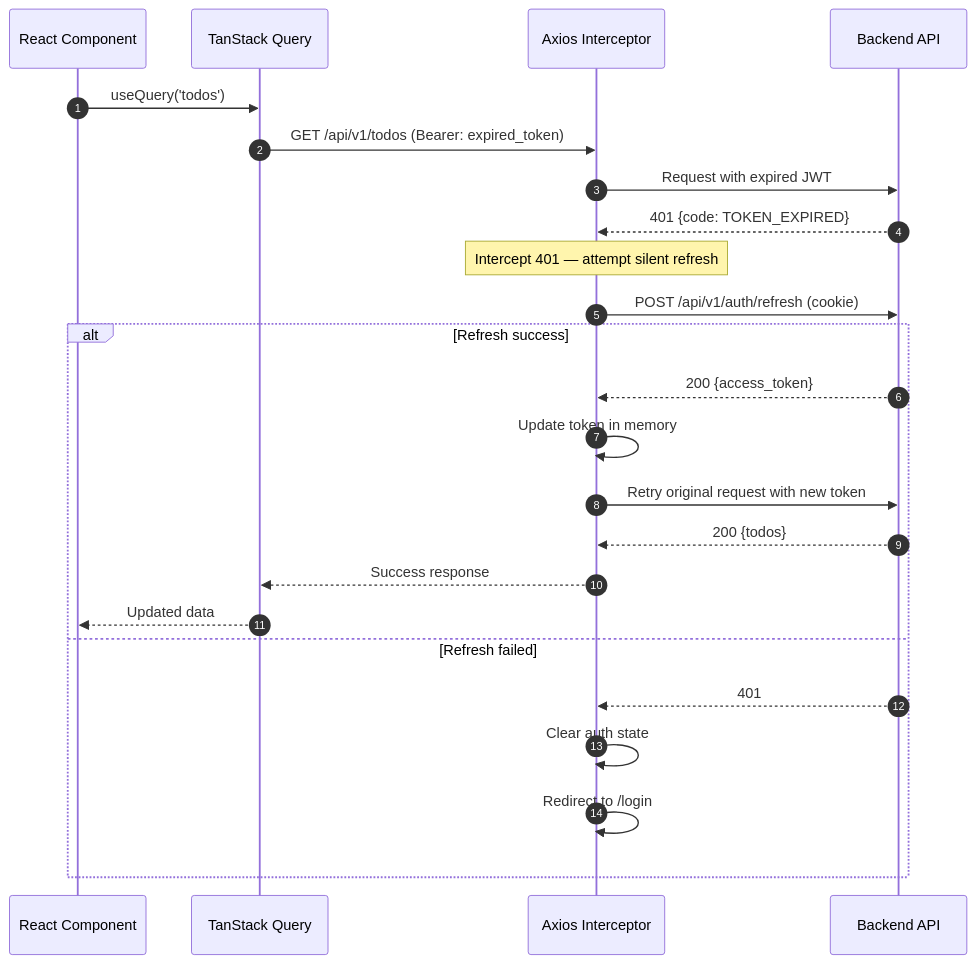
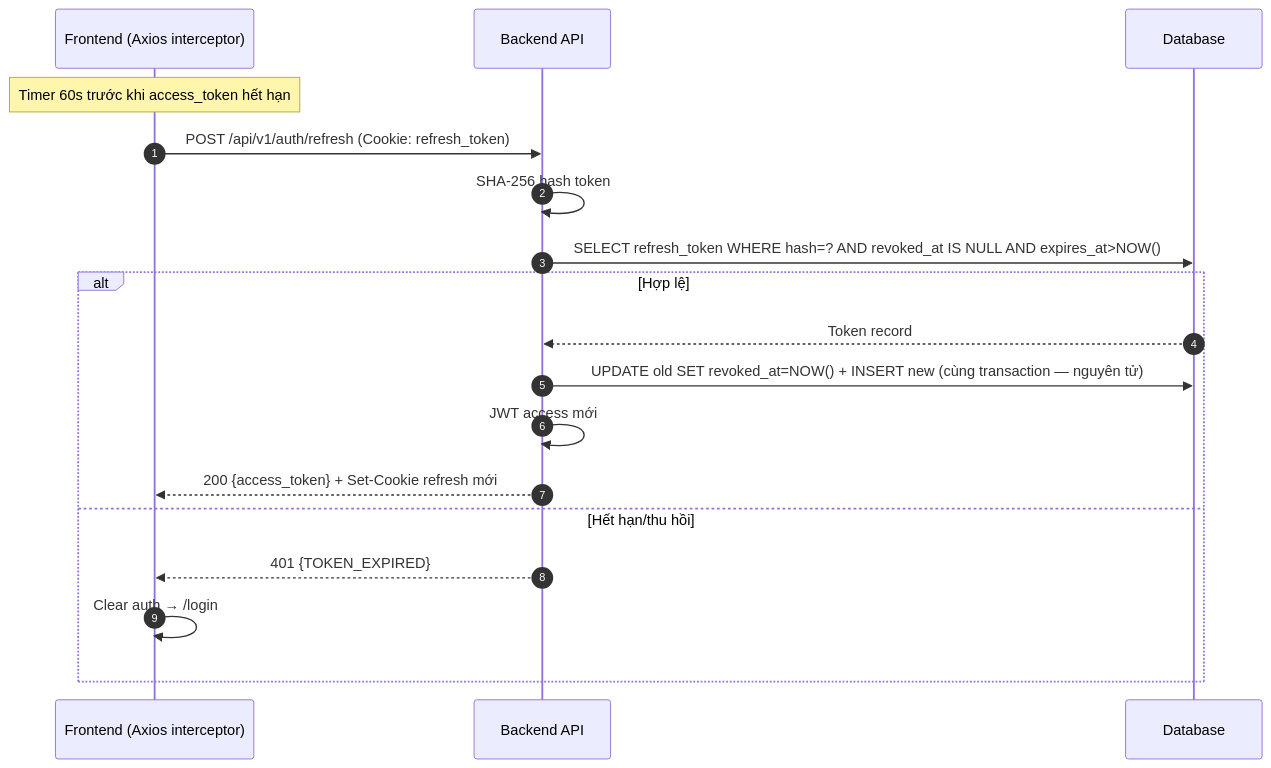
One commit to quangtanfet-commits/weup-career changed the fourth of 8 diagrams in docs/architecture/sequence-diagrams.md. Above: the diagram before and after it, drawn with Mermaid. The commit also changed other lines of this file and 39 other files, not shown here.

````diff
--- a/docs/architecture/sequence-diagrams.md
+++ b/docs/architecture/sequence-diagrams.md
@@ -105,29 +106,21 @@
 ```mermaid
 sequenceDiagram
     autonumber
-    participant Component as React Component
-    participant Query as TanStack Query
-    participant Axios as Axios Interceptor
+    participant FE as Frontend (Axios interceptor)
     participant API as Backend API
+    participant DB as Database
 
-    Component->>Query: useQuery('todos')
-    Query->>Axios: GET /api/v1/todos (Bearer: expired_token)
-    Axios->>API: Request with expired JWT
-    API-->>Axios: 401 {code: TOKEN_EXPIRED}
-    
-    Note over Axios: Intercept 401 — attempt silent refresh
-    Axios->>API: POST /api/v1/auth/refresh (cookie)
-    
-    alt Refresh success
-        API-->>Axios: 200 {access_token}
-        Axios->>Axios: Update token in memory
-        Axios->>API: Retry original request with new token
-        API-->>Axios: 200 {todos}
-        Axios-->>Query: Success response
-        Query-->>Component: Updated data
-    else Refresh failed
-        API-->>Axios: 401
-        Axios->>Axios: Clear auth state
-        Axios->>Axios: Redirect to /login
+    Note over FE: Timer 60s trước khi access_token hết hạn
+    FE->>API: POST /api/v1/auth/refresh (Cookie: refresh_token)
+    API->>API: SHA-256 hash token
+    API->>DB: SELECT refresh_token WHERE hash=? AND revoked_at IS NULL AND expires_at>NOW()
+    alt Hợp lệ
+        DB-->>API: Token record
+        API->>DB: UPDATE old SET revoked_at=NOW() + INSERT new (cùng transaction — nguyên tử)
+        API->>API: JWT access mới
+        API-->>FE: 200 {access_token} + Set-Cookie refresh mới
+    else Hết hạn/thu hồi
+        API-->>FE: 401 {TOKEN_EXPIRED}
+        FE->>FE: Clear auth → /login
     end
 ```
````
